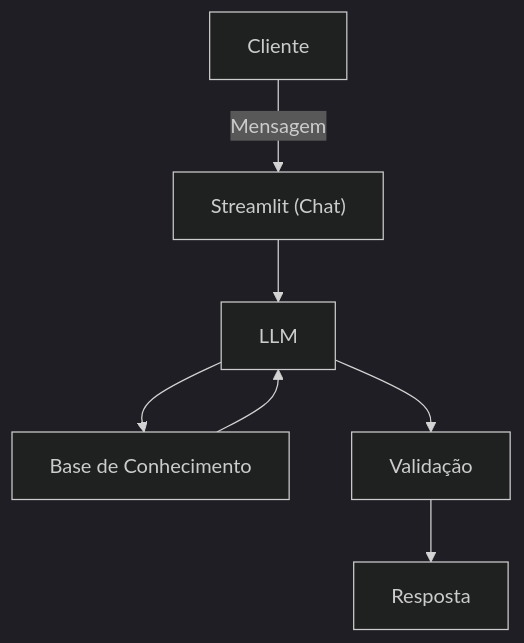
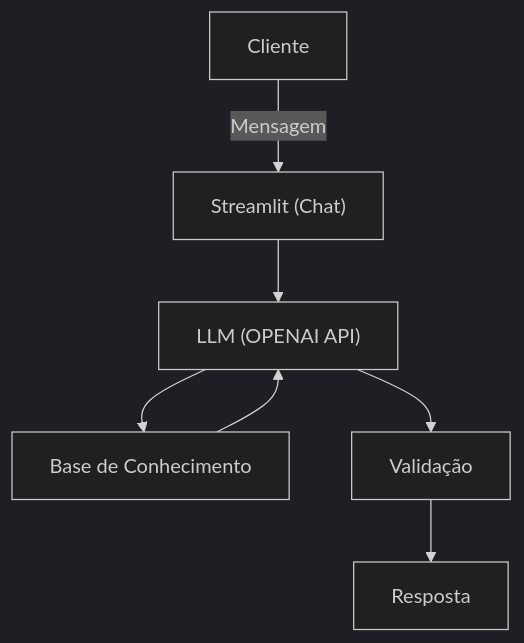
One commit to ademarbarreto/dio-lab-bia-do-futuro changed the diagram in docs/01-documentacao-agente.md. Above: the diagram before and after it, drawn with Mermaid (dark theme). The commit also changed other lines of this file and 1 other file, not shown here.

````diff
--- a/docs/01-documentacao-agente.md
+++ b/docs/01-documentacao-agente.md
@@ -54,9 +55,9 @@
 ```mermaid
 flowchart TD
     A[Cliente] -->|Mensagem| B["Streamlit (Chat)"]
-    B --> C[LLM]
+    B --> C["LLM (OPENAI API)"]
     C --> D[Base de Conhecimento]
     D --> C
     C --> E[Validação]
     E --> F[Resposta]
 ```
````
